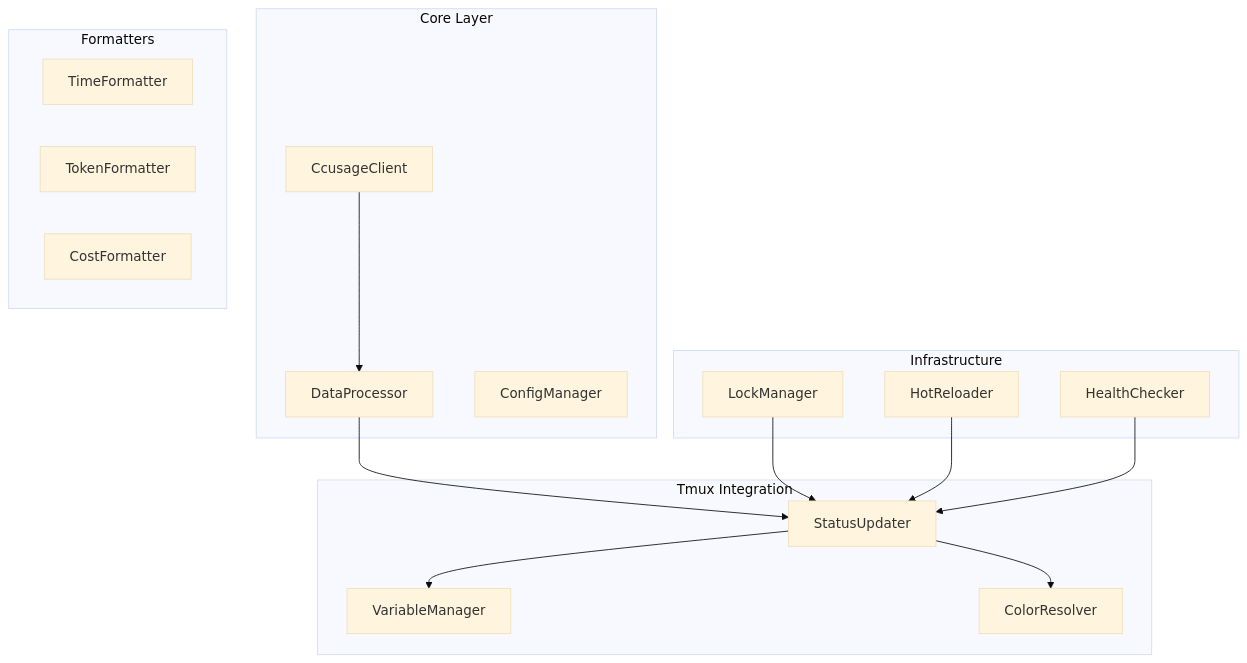
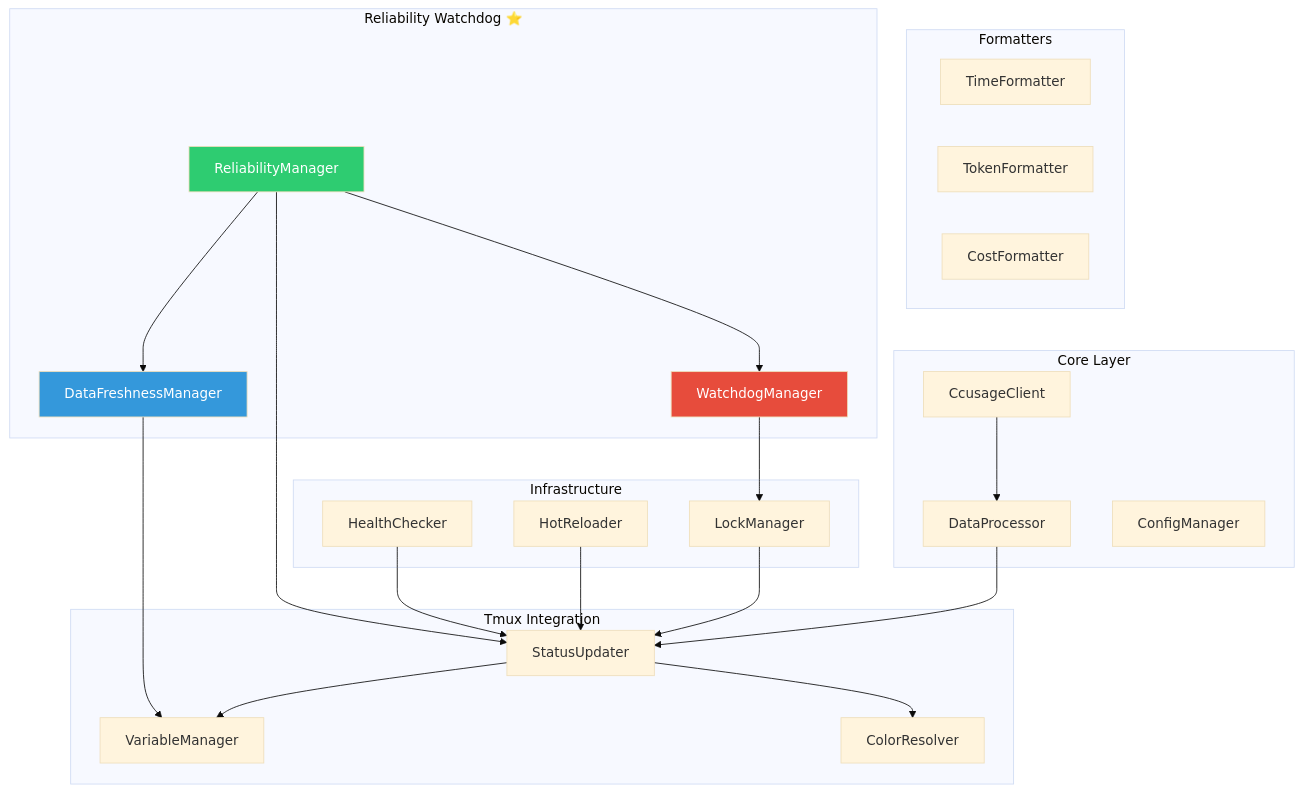
The diagram in CLAUDE.md (worldnine/tmux-claude-live), drawn with Mermaid (base theme) before and after one commit. The commit also changed other lines of this file and 2 other files, not shown here.

First paragraph of the commit message:
docs: Complete Reliability Watchdog documentation integration
## 🎯 Major Milestone: Documentation Integration Complete ✅

````diff
--- a/CLAUDE.md
+++ b/CLAUDE.md
@@ -287,33 +292,50 @@
 ```mermaid
 graph TB
     subgraph "Core Layer"
         CC[CcusageClient]
         DP[DataProcessor]
         CM[ConfigManager]
     end
     
     subgraph "Formatters"
         TF[TimeFormatter]
         TokenF[TokenFormatter]
         CF[CostFormatter]
     end
     
     subgraph "Tmux Integration"
         VM[VariableManager]
         CR[ColorResolver]
         SU[StatusUpdater]
     end
     
     subgraph "Infrastructure"
         LM[LockManager]
         HR[HotReloader]
         HC[HealthChecker]
     end
     
+    subgraph "Reliability Watchdog ⭐"
+        WM[WatchdogManager]
+        DFM[DataFreshnessManager]
+        RM[ReliabilityManager]
+    end
+    
     CC --> DP --> SU
     SU --> VM
     SU --> CR
     LM --> SU
     HR --> SU
     HC --> SU
+    
+    %% Reliability integration
+    RM --> WM
+    RM --> DFM
+    RM --> SU
+    WM --> LM
+    DFM --> VM
+    
+    style WM fill:#e74c3c,color:#fff
+    style DFM fill:#3498db,color:#fff
+    style RM fill:#2ecc71,color:#fff
 ```
````
